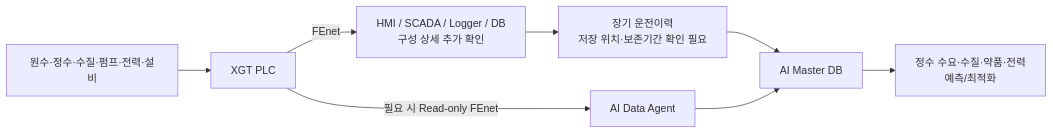
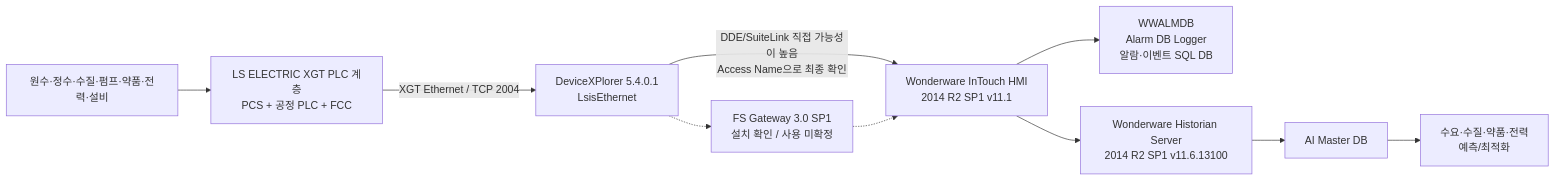
The first of 2 diagrams in 20-Water-AI/광암/20-현장-시스템/01-광암-데이터흐름-및-통신구조.md (hori5000/Rulmera-OPA), drawn with Mermaid before and after one commit. The commit also changed other lines of this file and 166 other files, not shown here.

````diff
--- a/20-Water-AI/광암/20-현장-시스템/01-광암-데이터흐름-및-통신구조.md
+++ b/20-Water-AI/광암/20-현장-시스템/01-광암-데이터흐름-및-통신구조.md
@@ -30,10 +27,12 @@
 ```mermaid
 flowchart LR
-    SENSOR["원수·정수·수질·펌프·전력·설비"] --> PLC["XGT PLC"]
-    PLC -->|"FEnet"| UPPER["HMI / SCADA / Logger / DB<br/>구성 상세 추가 확인"]
-    UPPER --> HISTORY["장기 운전이력<br/>저장 위치·보존기간 확인 필요"]
-    PLC -->|"필요 시 Read-only FEnet"| AGENT["AI Data Agent"]
-    HISTORY --> MASTER["AI Master DB"]
-    AGENT --> MASTER
-    MASTER --> AI["정수 수요·수질·약품·전력<br/>예측/최적화"]
+    FIELD["원수·정수·수질·펌프·약품·전력·설비"] --> PLC["LS ELECTRIC XGT PLC 계층<br/>PCS + 공정 PLC + FCC"]
+    PLC -->|"XGT Ethernet / TCP 2004"| DXP["DeviceXPlorer 5.4.0.1<br/>LsisEthernet"]
+    DXP -->|"DDE/SuiteLink 직접 가능성이 높음<br/>Access Name으로 최종 확인"| IT["Wonderware InTouch HMI<br/>2014 R2 SP1 v11.1"]
+    DXP -.-> FSG["FS Gateway 3.0 SP1<br/>설치 확인 / 사용 미확정"]
+    FSG -.-> IT
+    IT --> ALMDB["WWALMDB<br/>Alarm DB Logger<br/>알람·이벤트 SQL DB"]
+    IT --> HIST["Wonderware Historian Server<br/>2014 R2 SP1 v11.6.13100"]
+    HIST --> MASTER["AI Master DB"]
+    MASTER --> AI["수요·수질·약품·전력<br/>예측/최적화"]
 ```
````
